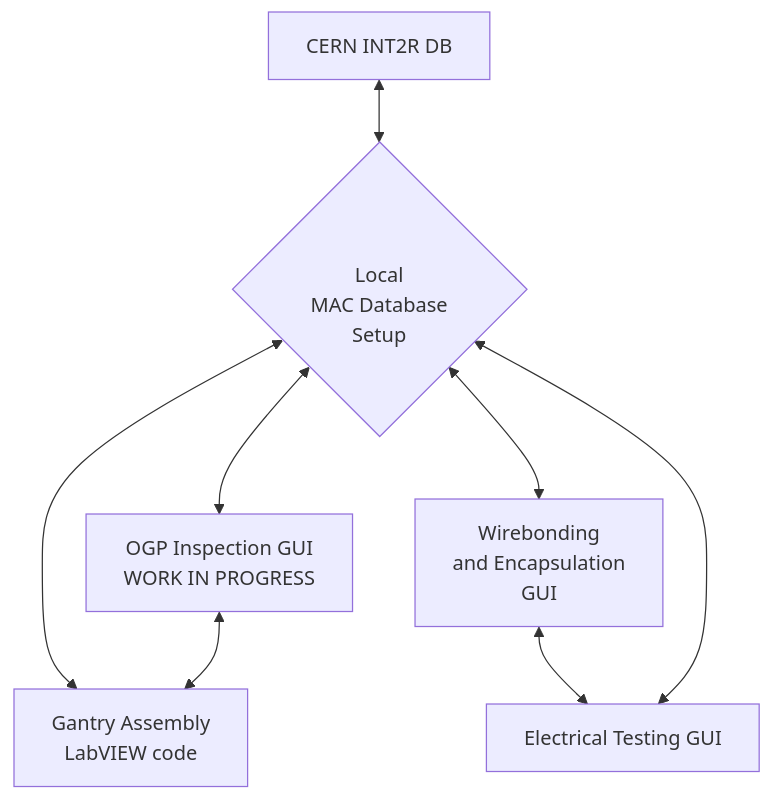
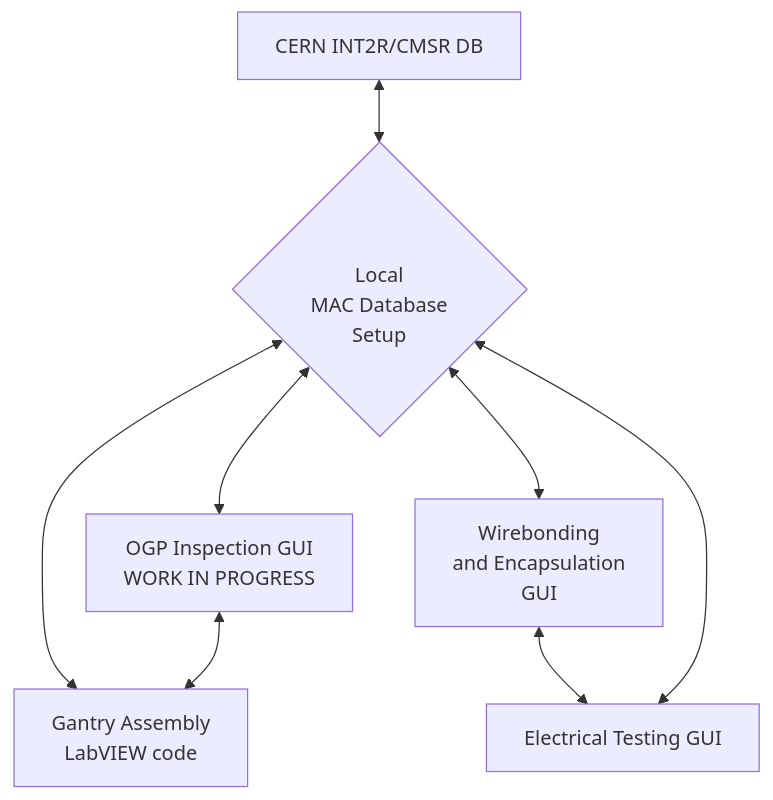
One commit to cmu-hgc-mac/.github changed the diagram in profile/README.md. Above: the diagram before and after it, drawn with Mermaid.

````diff
--- a/profile/README.md
+++ b/profile/README.md
@@ -8,16 +8,16 @@
 ```mermaid
 graph TD
-    K[CERN INT2R DB] <--> A
+    K[CERN INT2R/CMSR DB] <--> A
     A{<br>Local<br>MAC Database<br>Setup} <--> B[OGP Inspection GUI<br>WORK IN PROGRESS]
     A{<br>Local<br>MAC Database<br>Setup} <--> C[Gantry Assembly<br>LabVIEW code]
     B <--> C
     A <--> D[Wirebonding<br>and Encapsulation<br>GUI]
     D <--> E[Electrical Testing GUI]
     E <--> A
     click A href "https://github.com/cmu-hgc-mac/HGC_DB_postgres/"
     click B href "https://github.com/cmu-hgc-mac/HGC_OGP_DB"
     click C href "https://github.com/cmu-hgc-mac/Gantry"
     click D href "https://github.com/cmu-hgc-mac/wirebonder_gui"
     click E href "https://gitlab.cern.ch/acrobert/hgcal-module-testing-gui/"
 
 ```
````
